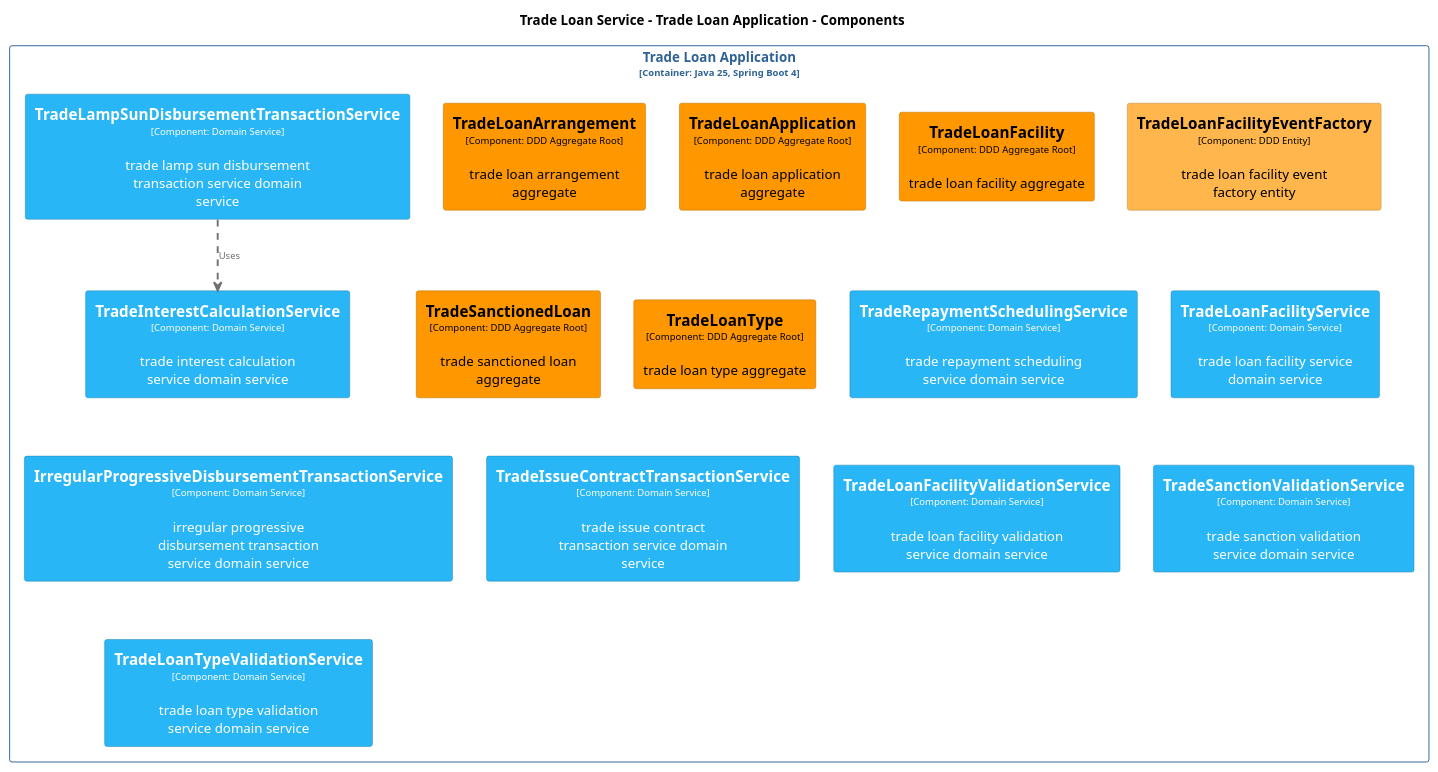
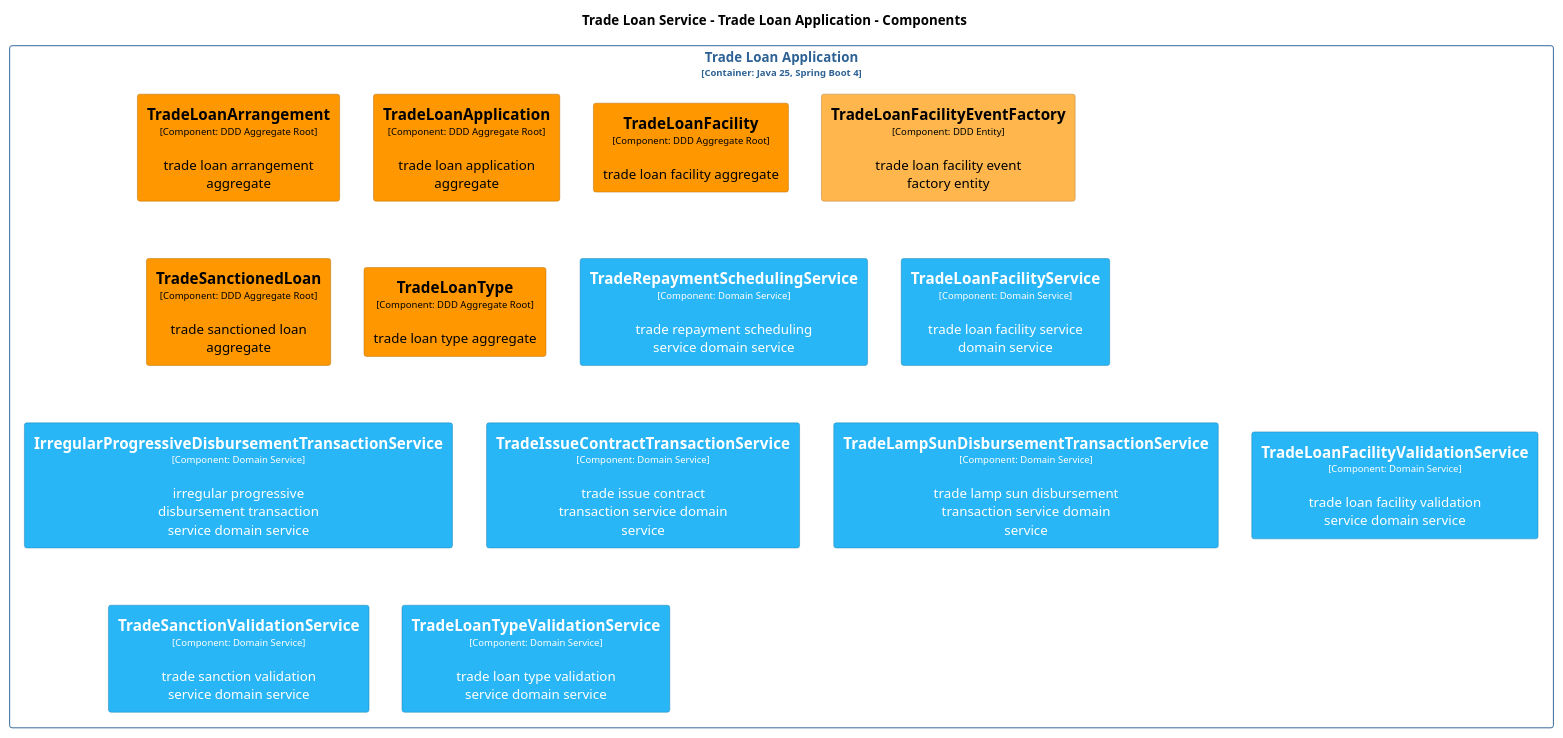
One commit to ghazalehjozani/nova changed the diagram in documents/c4/plantuml/DomainModel.puml. Above: the diagram before and after it, drawn with PlantUML. The commit also changed 58 other files, not shown here.

```diff
--- a/documents/c4/plantuml/DomainModel.puml
+++ b/documents/c4/plantuml/DomainModel.puml
@@ -1,131 +1,123 @@
 @startuml
 set separator none
 title Trade Loan Service - Trade Loan Application - Components
 
 top to bottom direction
 
 skinparam {
   arrowFontSize 10
   defaultTextAlignment center
   wrapWidth 200
   maxMessageSize 100
 }
 
 hide stereotype
 
 skinparam rectangle<<TradeLoanService.TradeLoanApplication.IrregularProgressiveDisbursementTransactionService>> {
-  BackgroundColor #29b6f6
-  FontColor #ffffff
-  BorderColor #1c7fac
-  shadowing false
-}
-skinparam rectangle<<TradeLoanService.TradeLoanApplication.TradeInterestCalculationService>> {
   BackgroundColor #29b6f6
   FontColor #ffffff
   BorderColor #1c7fac
   shadowing false
 }
 skinparam rectangle<<TradeLoanService.TradeLoanApplication.TradeIssueContractTransactionService>> {
   BackgroundColor #29b6f6
   FontColor #ffffff
   BorderColor #1c7fac
   shadowing false
 }
 skinparam rectangle<<TradeLoanService.TradeLoanApplication.TradeLampSunDisbursementTransactionService>> {
   BackgroundColor #29b6f6
   FontColor #ffffff
   BorderColor #1c7fac
   shadowing false
 }
 skinparam rectangle<<TradeLoanService.TradeLoanApplication.TradeLoanApplication>> {
   BackgroundColor #ff9800
   FontColor #000000
   BorderColor #b26a00
   shadowing false
 }
 skinparam rectangle<<TradeLoanService.TradeLoanApplication.TradeLoanArrangement>> {
   BackgroundColor #ff9800
   FontColor #000000
   BorderColor #b26a00
   shadowing false
 }
 skinparam rectangle<<TradeLoanService.TradeLoanApplication.TradeLoanFacility>> {
   BackgroundColor #ff9800
   FontColor #000000
   BorderColor #b26a00
   shadowing false
 }
 skinparam rectangle<<TradeLoanService.TradeLoanApplication.TradeLoanFacilityEventFactory>> {
   BackgroundColor #ffb74d
   FontColor #000000
   BorderColor #b28035
   shadowing false
 }
 skinparam rectangle<<TradeLoanService.TradeLoanApplication.TradeLoanFacilityService>> {
   BackgroundColor #29b6f6
   FontColor #ffffff
   BorderColor #1c7fac
   shadowing false
 }
 skinparam rectangle<<TradeLoanService.TradeLoanApplication.TradeLoanFacilityValidationService>> {
   BackgroundColor #29b6f6
   FontColor #ffffff
   BorderColor #1c7fac
   shadowing false
 }
 skinparam rectangle<<TradeLoanService.TradeLoanApplication.TradeLoanType>> {
   BackgroundColor #ff9800
   FontColor #000000
   BorderColor #b26a00
   shadowing false
 }
 skinparam rectangle<<TradeLoanService.TradeLoanApplication.TradeLoanTypeValidationService>> {
   BackgroundColor #29b6f6
   FontColor #ffffff
   BorderColor #1c7fac
   shadowing false
 }
 skinparam rectangle<<TradeLoanService.TradeLoanApplication.TradeRepaymentSchedulingService>> {
   BackgroundColor #29b6f6
   FontColor #ffffff
   BorderColor #1c7fac
   shadowing false
 }
 skinparam rectangle<<TradeLoanService.TradeLoanApplication.TradeSanctionValidationService>> {
   BackgroundColor #29b6f6
   FontColor #ffffff
   BorderColor #1c7fac
   shadowing false
 }
 skinparam rectangle<<TradeLoanService.TradeLoanApplication.TradeSanctionedLoan>> {
   BackgroundColor #ff9800
   FontColor #000000
   BorderColor #b26a00
   shadowing false
 }
 skinparam rectangle<<TradeLoanService.TradeLoanApplication>> {
   BorderColor #2e6295
   FontColor #2e6295
   shadowing false
 }
 
 rectangle "Trade Loan Application\n<size:10>[Container: Java 25, Spring Boot 4]</size>" <<TradeLoanService.TradeLoanApplication>> {
   rectangle "==TradeLoanArrangement\n<size:10>[Component: DDD Aggregate Root]</size>\n\ntrade loan arrangement aggregate" <<TradeLoanService.TradeLoanApplication.TradeLoanArrangement>> as TradeLoanService.TradeLoanApplication.TradeLoanArrangement
   rectangle "==TradeLoanApplication\n<size:10>[Component: DDD Aggregate Root]</size>\n\ntrade loan application aggregate" <<TradeLoanService.TradeLoanApplication.TradeLoanApplication>> as TradeLoanService.TradeLoanApplication.TradeLoanApplication
   rectangle "==TradeLoanFacility\n<size:10>[Component: DDD Aggregate Root]</size>\n\ntrade loan facility aggregate" <<TradeLoanService.TradeLoanApplication.TradeLoanFacility>> as TradeLoanService.TradeLoanApplication.TradeLoanFacility
   rectangle "==TradeLoanFacilityEventFactory\n<size:10>[Component: DDD Entity]</size>\n\ntrade loan facility event factory entity" <<TradeLoanService.TradeLoanApplication.TradeLoanFacilityEventFactory>> as TradeLoanService.TradeLoanApplication.TradeLoanFacilityEventFactory
   rectangle "==TradeSanctionedLoan\n<size:10>[Component: DDD Aggregate Root]</size>\n\ntrade sanctioned loan aggregate" <<TradeLoanService.TradeLoanApplication.TradeSanctionedLoan>> as TradeLoanService.TradeLoanApplication.TradeSanctionedLoan
   rectangle "==TradeLoanType\n<size:10>[Component: DDD Aggregate Root]</size>\n\ntrade loan type aggregate" <<TradeLoanService.TradeLoanApplication.TradeLoanType>> as TradeLoanService.TradeLoanApplication.TradeLoanType
   rectangle "==TradeRepaymentSchedulingService\n<size:10>[Component: Domain Service]</size>\n\ntrade repayment scheduling service domain service" <<TradeLoanService.TradeLoanApplication.TradeRepaymentSchedulingService>> as TradeLoanService.TradeLoanApplication.TradeRepaymentSchedulingService
-  rectangle "==TradeInterestCalculationService\n<size:10>[Component: Domain Service]</size>\n\ntrade interest calculation service domain service" <<TradeLoanService.TradeLoanApplication.TradeInterestCalculationService>> as TradeLoanService.TradeLoanApplication.TradeInterestCalculationService
   rectangle "==TradeLoanFacilityService\n<size:10>[Component: Domain Service]</size>\n\ntrade loan facility service domain service" <<TradeLoanService.TradeLoanApplication.TradeLoanFacilityService>> as TradeLoanService.TradeLoanApplication.TradeLoanFacilityService
   rectangle "==IrregularProgressiveDisbursementTransactionService\n<size:10>[Component: Domain Service]</size>\n\nirregular progressive disbursement transaction service domain service" <<TradeLoanService.TradeLoanApplication.IrregularProgressiveDisbursementTransactionService>> as TradeLoanService.TradeLoanApplication.IrregularProgressiveDisbursementTransactionService
   rectangle "==TradeIssueContractTransactionService\n<size:10>[Component: Domain Service]</size>\n\ntrade issue contract transaction service domain service" <<TradeLoanService.TradeLoanApplication.TradeIssueContractTransactionService>> as TradeLoanService.TradeLoanApplication.TradeIssueContractTransactionService
   rectangle "==TradeLampSunDisbursementTransactionService\n<size:10>[Component: Domain Service]</size>\n\ntrade lamp sun disbursement transaction service domain service" <<TradeLoanService.TradeLoanApplication.TradeLampSunDisbursementTransactionService>> as TradeLoanService.TradeLoanApplication.TradeLampSunDisbursementTransactionService
   rectangle "==TradeLoanFacilityValidationService\n<size:10>[Component: Domain Service]</size>\n\ntrade loan facility validation service domain service" <<TradeLoanService.TradeLoanApplication.TradeLoanFacilityValidationService>> as TradeLoanService.TradeLoanApplication.TradeLoanFacilityValidationService
   rectangle "==TradeSanctionValidationService\n<size:10>[Component: Domain Service]</size>\n\ntrade sanction validation service domain service" <<TradeLoanService.TradeLoanApplication.TradeSanctionValidationService>> as TradeLoanService.TradeLoanApplication.TradeSanctionValidationService
   rectangle "==TradeLoanTypeValidationService\n<size:10>[Component: Domain Service]</size>\n\ntrade loan type validation service domain service" <<TradeLoanService.TradeLoanApplication.TradeLoanTypeValidationService>> as TradeLoanService.TradeLoanApplication.TradeLoanTypeValidationService
 }
 
-TradeLoanService.TradeLoanApplication.TradeLampSunDisbursementTransactionService .[#707070,thickness=2].> TradeLoanService.TradeLoanApplication.TradeInterestCalculationService : "<color:#707070>Uses"
 @enduml
```
